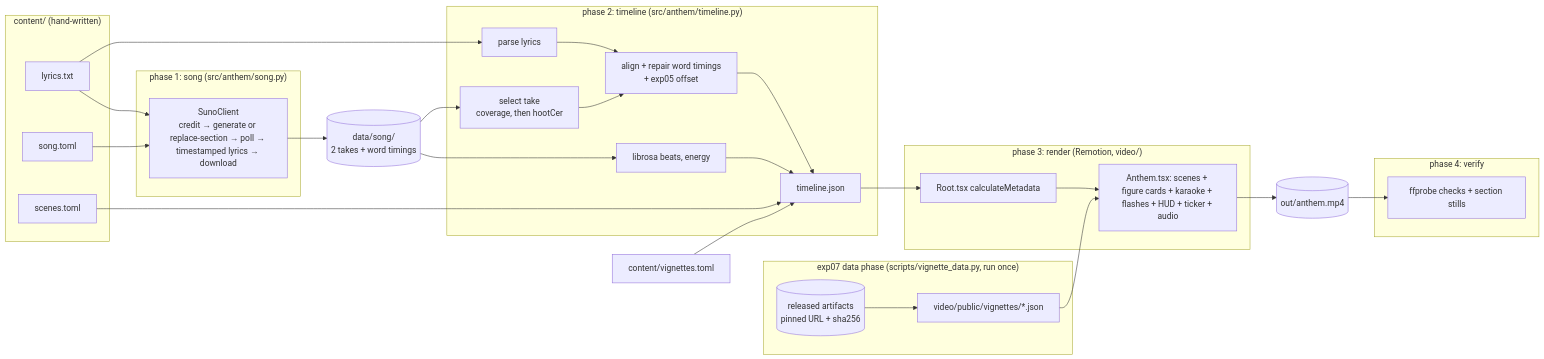
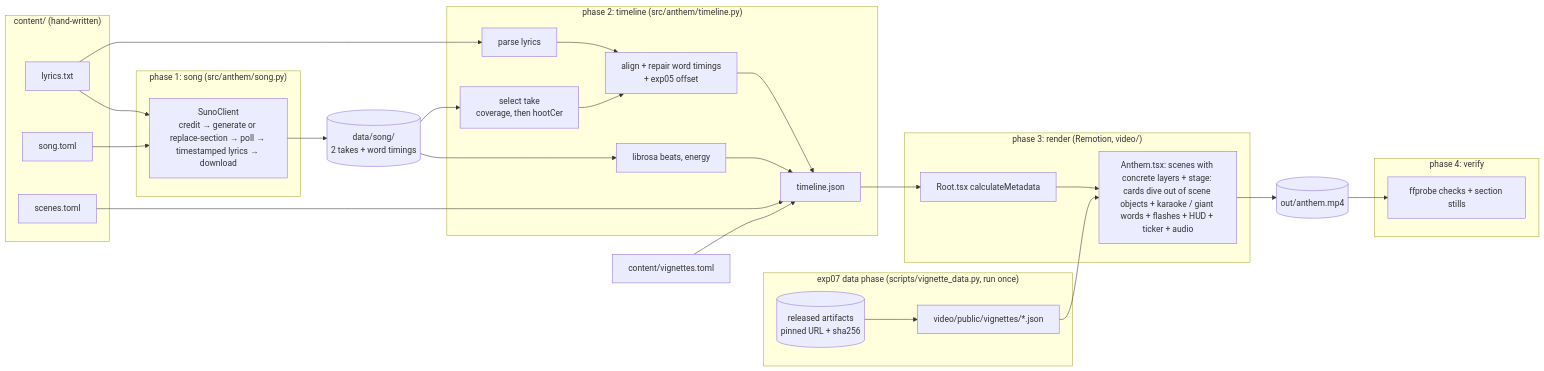
Before and after one commit to BurnyCoder/ambitious-science-of-information-processing-anthem: the diagram in README.md, drawn with Mermaid. The commit also changed other lines of this file and 12 other files, not shown here.

````diff
--- a/README.md
+++ b/README.md
@@ -120,33 +141,33 @@
 ```mermaid
 flowchart LR
     subgraph content["content/ (hand-written)"]
         L[lyrics.txt] & S[song.toml] & M[scenes.toml]
     end
     subgraph song["phase 1: song (src/anthem/song.py)"]
         C[SunoClient<br/>credit → generate or replace-section → poll → timestamped lyrics → download]
     end
     subgraph tl["phase 2: timeline (src/anthem/timeline.py)"]
         P[parse lyrics] --> A[align + repair word timings<br/>+ exp05 offset]
         T[select take<br/>coverage, then hootCer] --> A
         B[librosa beats, energy]
         A & B --> J[timeline.json]
     end
     subgraph ext["exp07 data phase (scripts/vignette_data.py, run once)"]
         X[(released artifacts<br/>pinned URL + sha256)] --> Y[video/public/vignettes/*.json]
     end
     subgraph rd["phase 3: render (Remotion, video/)"]
-        R[Root.tsx calculateMetadata] --> V[Anthem.tsx: scenes + figure cards + karaoke + flashes + HUD + ticker + audio]
+        R[Root.tsx calculateMetadata] --> V[Anthem.tsx: scenes with concrete layers + stage: cards dive out of scene objects + karaoke / giant words + flashes + HUD + ticker + audio]
     end
     subgraph vf["phase 4: verify"]
         F[ffprobe checks + section stills]
     end
     L & S --> C --> D[(data/song/<br/>2 takes + word timings)]
     D --> T
     D --> B
     L --> P
     M --> J
     W[content/vignettes.toml] --> J
     J --> R
     Y --> V
     V --> O[(out/anthem.mp4)] --> F
 ```
````
